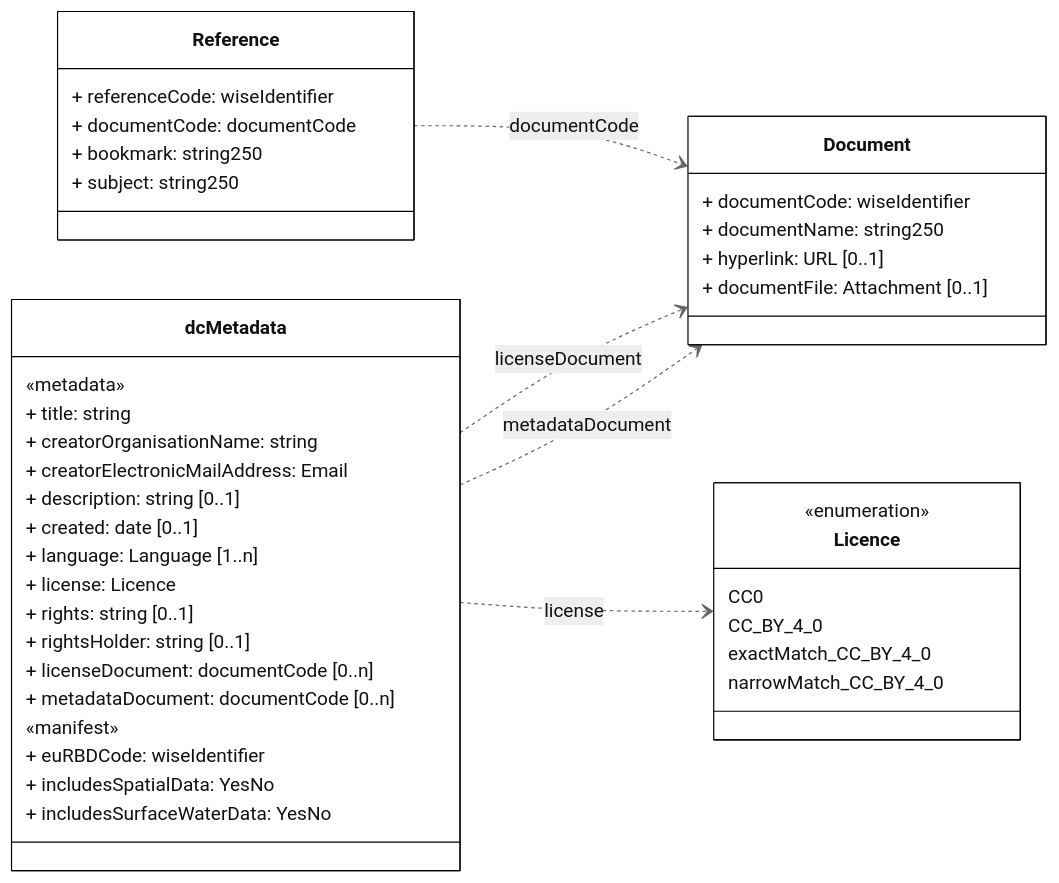
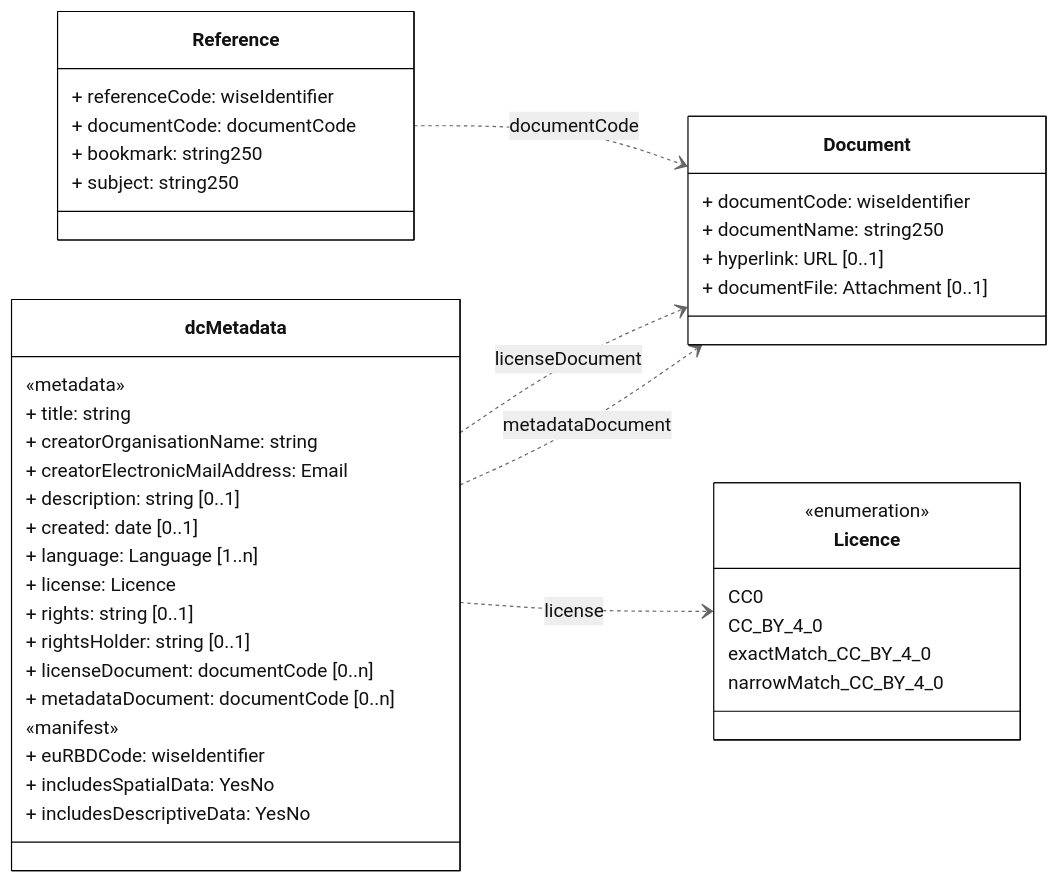
Before and after one commit to eeadata/WISE.WFD.Documentation: the diagram in docs/DataModelReview/mmd/SurfaceWater_4thCycle_Documents_ClassDiagram.mmd, drawn with Mermaid. The commit also changed 7 other files, not shown here.

```diff
--- a/docs/DataModelReview/mmd/SurfaceWater_4thCycle_Documents_ClassDiagram.mmd
+++ b/docs/DataModelReview/mmd/SurfaceWater_4thCycle_Documents_ClassDiagram.mmd
@@ -1,59 +1,59 @@
 ---
 config:
   class:
     hideEmptyMembersBox: true
   layout: dagre
   theme: neutral
 ---
 classDiagram
 direction LR
 
 class dcMetadata {
 
 «metadata»
 + title: string
 + creatorOrganisationName: string
 + creatorElectronicMailAddress: Email
 + description: string [0..1]
 + created: date [0..1]
 + language: Language [1..n]
 + license: Licence
 + rights: string [0..1]
 + rightsHolder: string [0..1]
 + licenseDocument: documentCode [0..n]
 + metadataDocument: documentCode [0..n]
 
 «manifest»
 + euRBDCode: wiseIdentifier
 + includesSpatialData: YesNo
-+ includesSurfaceWaterData: YesNo
++ includesDescriptiveData: YesNo
 }
 
 class Reference {
   + referenceCode: wiseIdentifier
   + documentCode: documentCode
   + bookmark: string250
   + subject: string250 
 }
 
 class Document {
 + documentCode: wiseIdentifier
 + documentName: string250
 + hyperlink: URL [0..1]
 + documentFile: Attachment [0..1]
 }
 
 class Licence{
   <<enumeration>>
   CC0
   CC_BY_4_0
   exactMatch_CC_BY_4_0
   narrowMatch_CC_BY_4_0
 }
 
 Reference  ..> Document: documentCode
 dcMetadata ..> Document: licenseDocument
 dcMetadata ..> Document: metadataDocument
 dcMetadata ..> Licence: license
 classDef default fill:white,stroke:#000;
 classDef forFixing fill:white,stroke:#f00;
```
